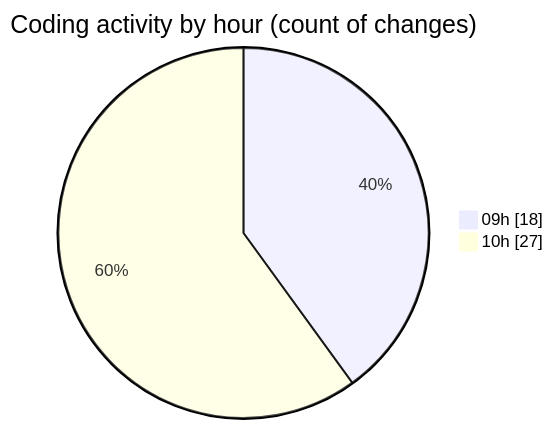
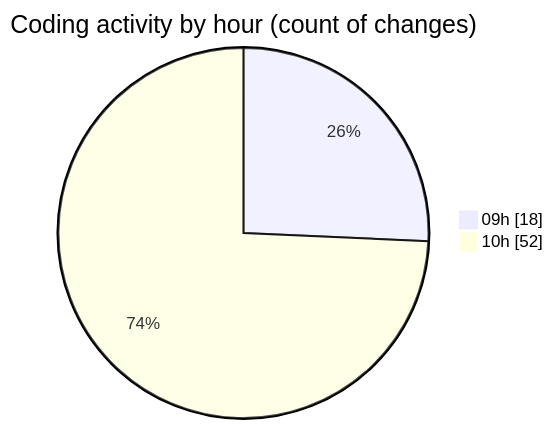
One commit to momahboobian/code-tracking changed the second of 2 diagrams in 2025-07-01/cda/README.md. Above: the diagram before and after it, drawn with Mermaid. The commit also changed other lines of this file and 1 other file, not shown here.

````diff
--- a/2025-07-01/cda/README.md
+++ b/2025-07-01/cda/README.md
@@ -33,6 +37,6 @@
 ```mermaid
 pie showData
 title Coding activity by hour (count of changes)
 "09h" : 18
-"10h" : 27
+"10h" : 52
 ```
````
